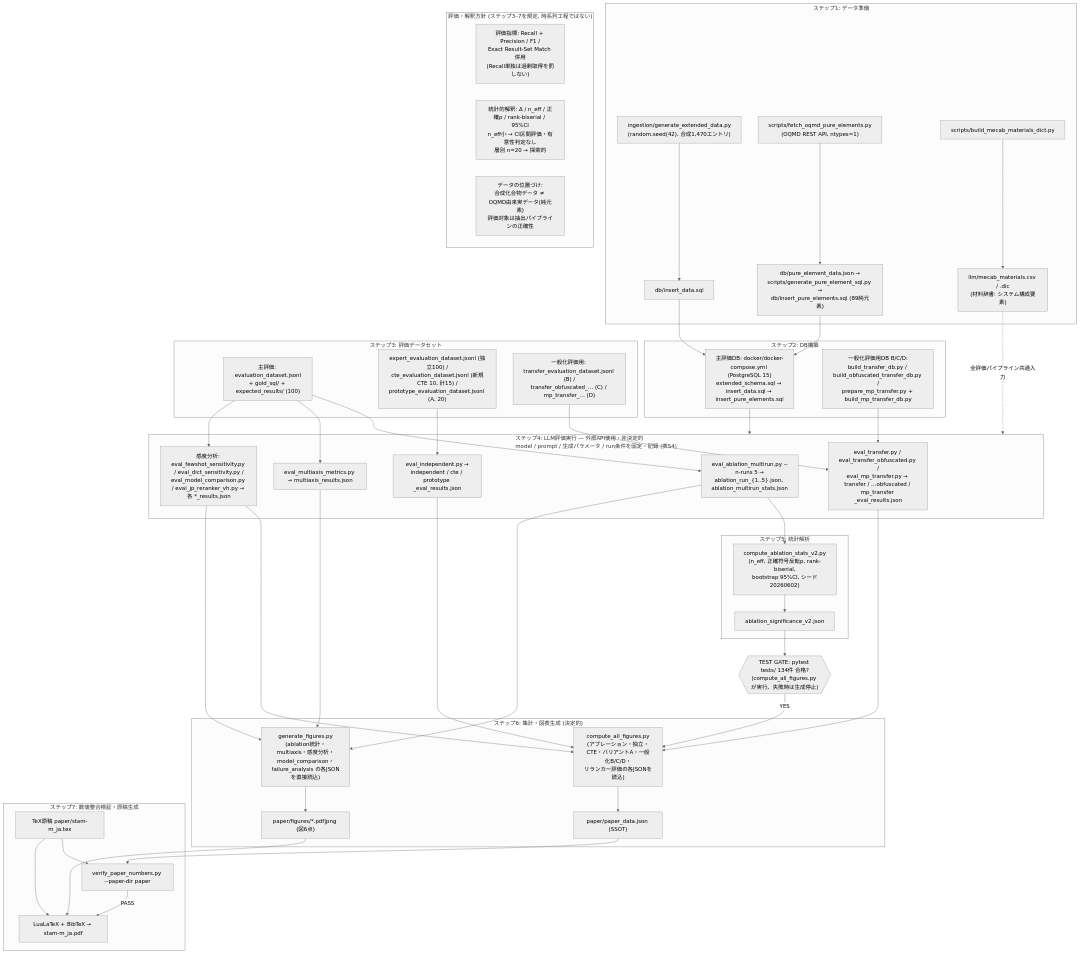
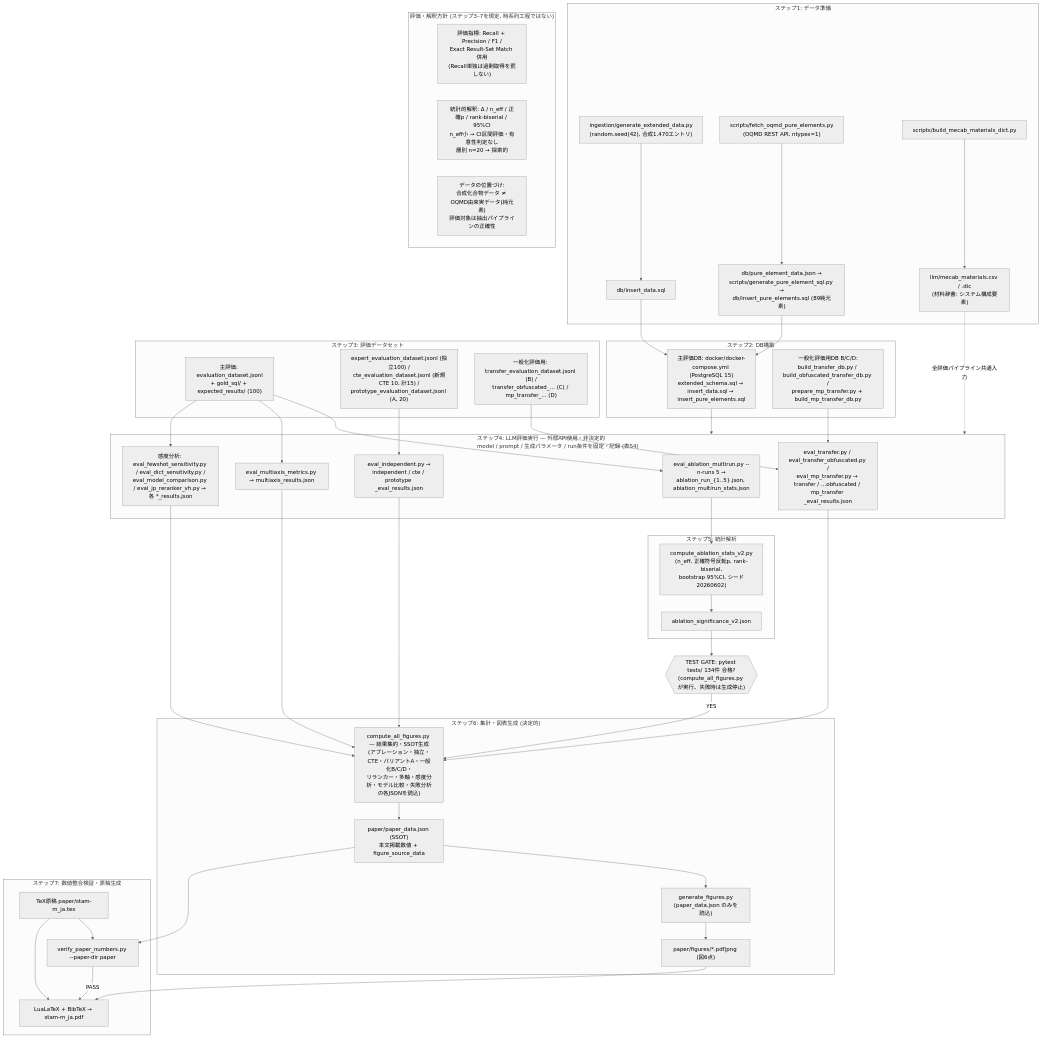
Before and after one commit to minimumtone/machine-learning: the diagram in l12-schema-graph-text2sql/paper/figures/workflow.mmd, drawn with Mermaid (neutral theme). The commit also changed 7 other files, not shown here.

Commit message:
refactor: paper_data.json を図の元データも含む真のSSOTに — generate_figures.py はSSOTのみ読込、図生成をテストゲート後段に

```diff
--- a/l12-schema-graph-text2sql/paper/figures/workflow.mmd
+++ b/l12-schema-graph-text2sql/paper/figures/workflow.mmd
@@ -1,70 +1,69 @@
 flowchart TB
   subgraph S1["ステップ1: データ準備"]
     A1["ingestion/generate_extended_data.py<br/>(random.seed(42), 合成1,470エントリ)"] --> A2["db/insert_data.sql"]
     B1["scripts/fetch_oqmd_pure_elements.py<br/>(OQMD REST API, ntypes=1)"] --> B2["db/pure_element_data.json →<br/>scripts/generate_pure_element_sql.py →<br/>db/insert_pure_elements.sql (89純元素)"]
     C1["scripts/build_mecab_materials_dict.py"] --> C2["llm/mecab_materials.csv / .dic<br/>(材料辞書: システム構成要素)"]
   end
 
   subgraph S2["ステップ2: DB構築"]
     D2["主評価DB: docker/docker-compose.yml (PostgreSQL 15)<br/>extended_schema.sql → insert_data.sql → insert_pure_elements.sql"]
     D3["一般化評価用DB B/C/D:<br/>build_transfer_db.py / build_obfuscated_transfer_db.py /<br/>prepare_mp_transfer.py + build_mp_transfer_db.py"]
   end
   A2 --> D2
   B2 --> D2
 
   subgraph S3["ステップ3: 評価データセット"]
     E1["主評価: evaluation_dataset.jsonl<br/>+ gold_sql/ + expected_results/ (100)"]
     E2["expert_evaluation_dataset.jsonl (独立100) /<br/>cte_evaluation_dataset.jsonl (新規CTE 10, 計15) /<br/>prototype_evaluation_dataset.jsonl (A, 20)"]
     E4["一般化評価用: transfer_evaluation_dataset.jsonl (B) /<br/>transfer_obfuscated_… (C) / mp_transfer_… (D)"]
   end
 
   subgraph S4["ステップ4: LLM評価実行 — 外部API使用・非決定的<br/>model / prompt / 生成パラメータ / run条件を固定・記録 (表S4)"]
     F1["eval_ablation_multirun.py --n-runs 5 →<br/>ablation_run_{1..5}.json, ablation_multirun_stats.json"]
     F2["eval_multiaxis_metrics.py → multiaxis_results.json"]
     F3["eval_independent.py →<br/>independent / cte / prototype _eval_results.json"]
     F4["eval_transfer.py / eval_transfer_obfuscated.py /<br/>eval_mp_transfer.py → transfer / …obfuscated / mp_transfer _eval_results.json"]
     F5["感度分析: eval_fewshot_sensitivity.py / eval_dict_sensitivity.py /<br/>eval_model_comparison.py / eval_jp_reranker_vh.py → 各 *_results.json"]
   end
   D2 --> S4
   D3 --> F4
   E1 --> F1
   E1 --> F2
   E1 --> F5
   E2 --> F3
   E4 --> F4
   C2 -. 全評価パイプライン共通入力 .-> S4
 
   subgraph S5["ステップ5: 統計解析"]
     G1["compute_ablation_stats_v2.py<br/>(n_eff, 正確符号反転p, rank-biserial,<br/>bootstrap 95%CI, シード20260602)"] --> G2["ablation_significance_v2.json"]
   end
   F1 --> G1
 
   GATE{{"TEST GATE: pytest tests/ 134件 合格?<br/>(compute_all_figures.py が実行、失敗時は生成停止)"}}
   G2 --> GATE
 
   subgraph S6["ステップ6: 集計・図表生成 (決定的)"]
-    H1["compute_all_figures.py<br/>(アブレーション・独立・CTE・バリアントA・一般化B/C/D・<br/>リランカー評価の各JSONを読込)"] --> H2["paper/paper_data.json (SSOT)"]
-    H3["generate_figures.py<br/>(ablation統計・multiaxis・感度分析・model_comparison・<br/>failure_analysis の各JSONを直接読込)"] --> H4["paper/figures/*.pdf|png (図6点)"]
+    H1["compute_all_figures.py — 結果集約・SSOT生成<br/>(アブレーション・独立・CTE・バリアントA・一般化B/C/D・<br/>リランカー・多軸・感度分析・モデル比較・失敗分析の各JSONを読込)"] --> H2["paper/paper_data.json (SSOT)<br/>本文掲載数値 + figure_source_data"]
+    H3["generate_figures.py<br/>(paper_data.json のみを読込)"] --> H4["paper/figures/*.pdf|png (図6点)"]
   end
   GATE -- YES --> H1
-  F1 --> H3
-  F2 --> H3
+  F2 --> H1
   F3 --> H1
   F4 --> H1
   F5 --> H1
-  F5 --> H3
+  H2 --> H3
 
   subgraph S7["ステップ7: 数値整合検証・原稿生成"]
     TEX["TeX原稿 paper/stam-m_ja.tex"]
     I1["verify_paper_numbers.py --paper-dir paper"] -- PASS --> I2["LuaLaTeX + BibTeX → stam-m_ja.pdf"]
   end
   H2 --> I1
   TEX --> I1
   TEX --> I2
   H4 --> I2
 
   subgraph POLICY["評価・解釈方針 (ステップ3–7を規定, 時系列工程ではない)"]
     J1["評価指標: Recall + Precision / F1 /<br/>Exact Result-Set Match 併用<br/>(Recall単独は過剰取得を罰しない)"]
     J2["統計的解釈: Δ / n_eff / 正確p / rank-biserial / 95%CI<br/>n_eff小 → CI区間評価・有意性判定なし<br/>層別 n=20 → 探索的"]
     J3["データの位置づけ:<br/>合成化合物データ ≠ OQMD由来実データ(純元素)<br/>評価対象は抽出パイプラインの正確性"]
   end
```
